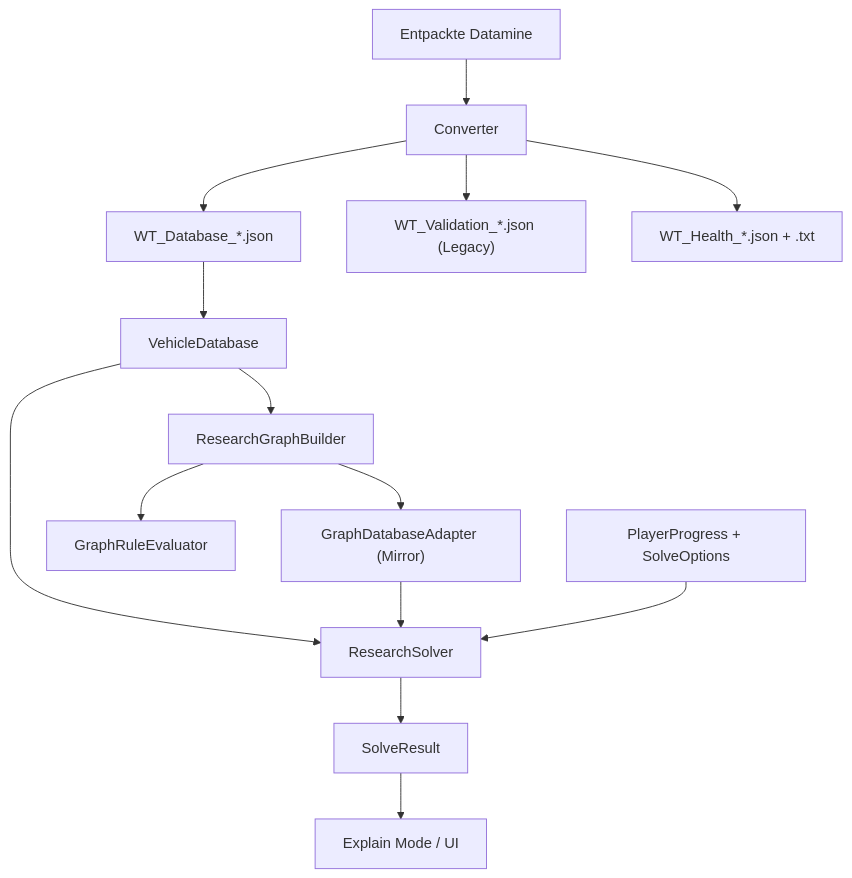
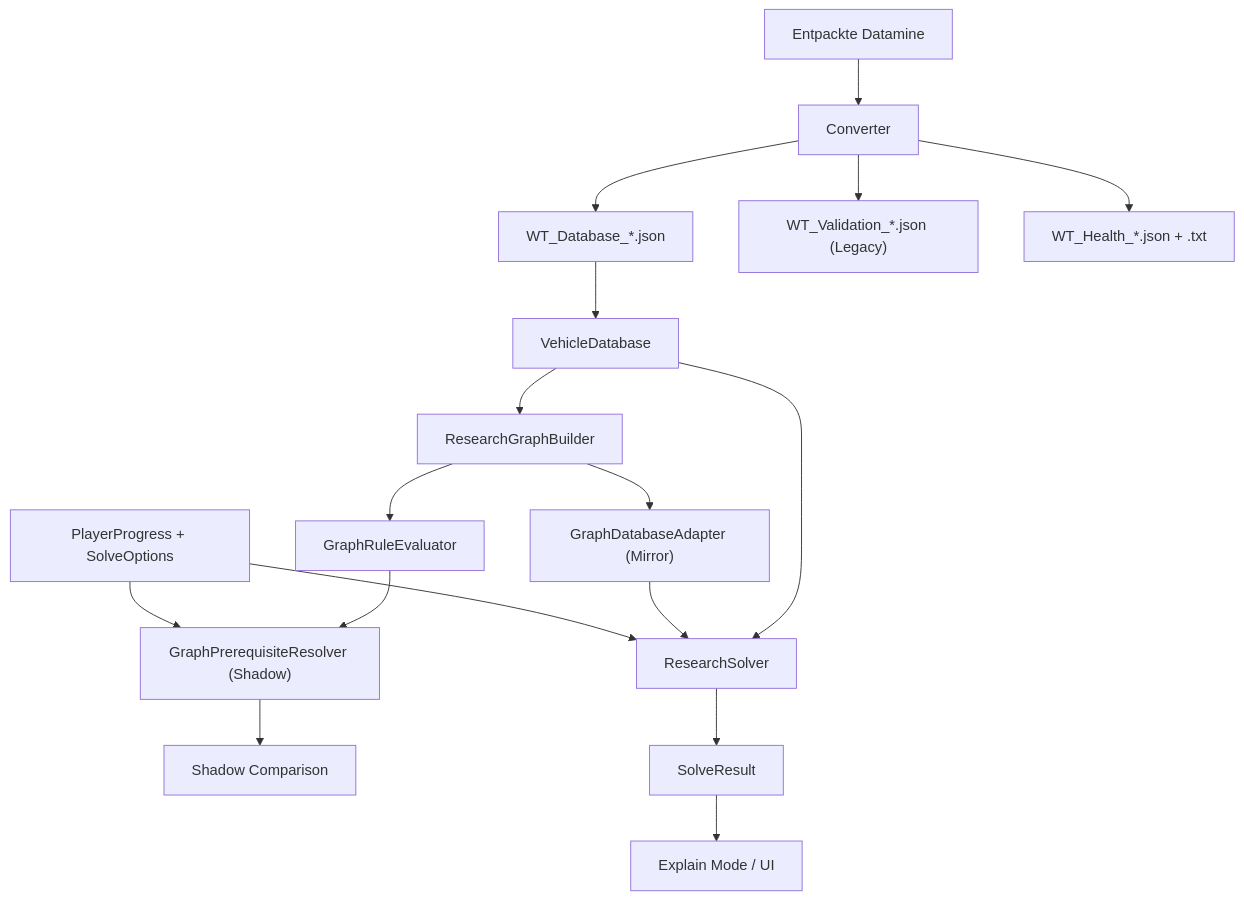
One commit to wursti10-cmyk/wurstbrot-suite changed the diagram in docs/02_ARCHITECTURE.md. Above: the diagram before and after it, drawn with Mermaid. The commit also changed other lines of this file and 23 other files, not shown here.

First line of the commit message:
Accuracy: add graph prerequisite resolution in shadow mode (#7)

````diff
--- a/docs/02_ARCHITECTURE.md
+++ b/docs/02_ARCHITECTURE.md
@@ -19,16 +20,19 @@
 ```mermaid
 flowchart TD
   D["Entpackte Datamine"] --> C["Converter"]
   C --> J["WT_Database_*.json"]
   C --> V["WT_Validation_*.json (Legacy)"]
   C --> H["WT_Health_*.json + .txt"]
   J --> DB["VehicleDatabase"]
   DB --> G["ResearchGraphBuilder"]
   G --> A["GraphDatabaseAdapter (Mirror)"]
   G --> RE["GraphRuleEvaluator"]
+  RE --> GR["GraphPrerequisiteResolver (Shadow)"]
+  P --> GR
+  GR --> SM["Shadow Comparison"]
   DB --> S["ResearchSolver"]
   A --> S
   P["PlayerProgress + SolveOptions"] --> S
   S --> R["SolveResult"]
   R --> E["Explain Mode / UI"]
 ```
````
